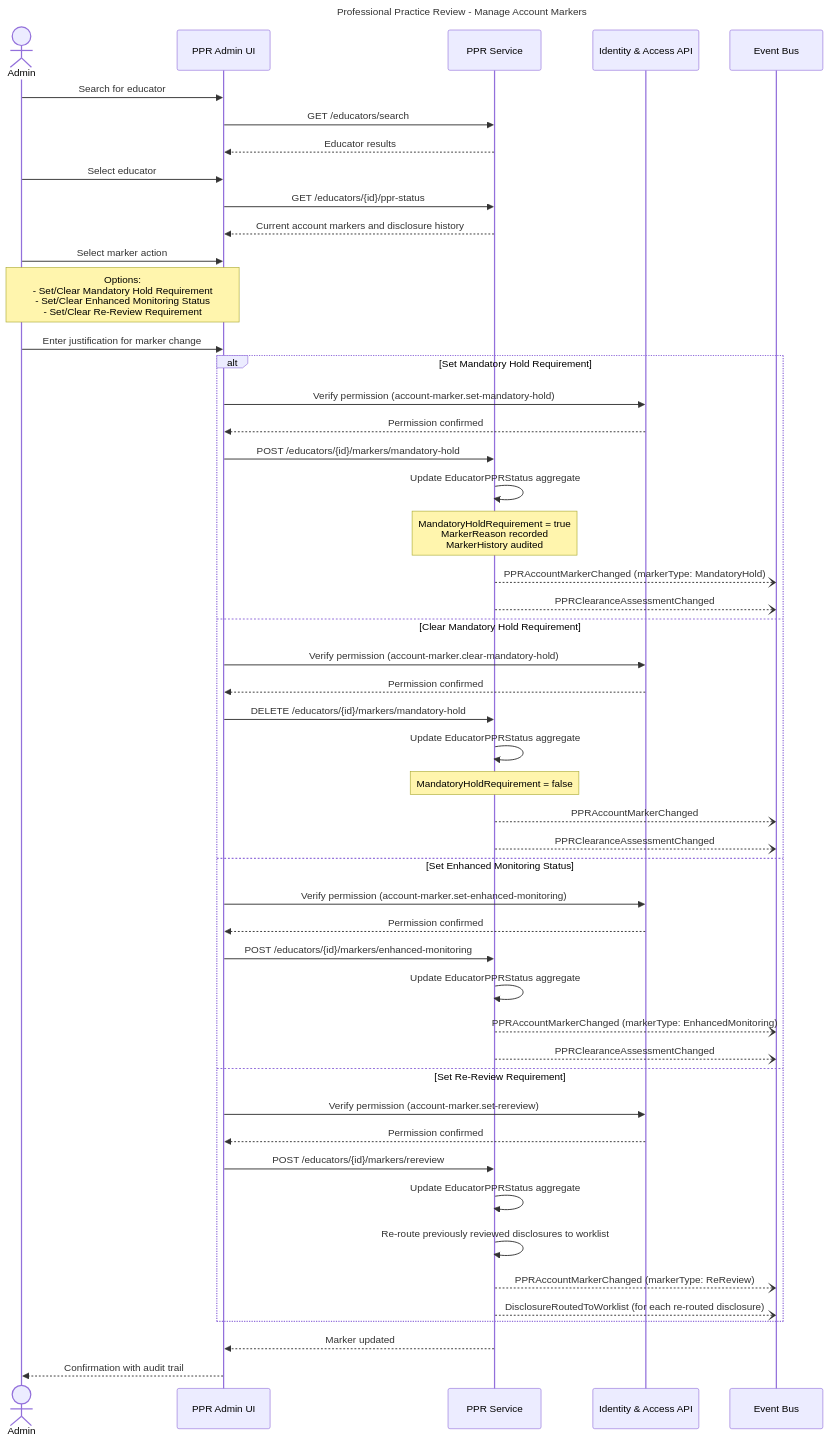
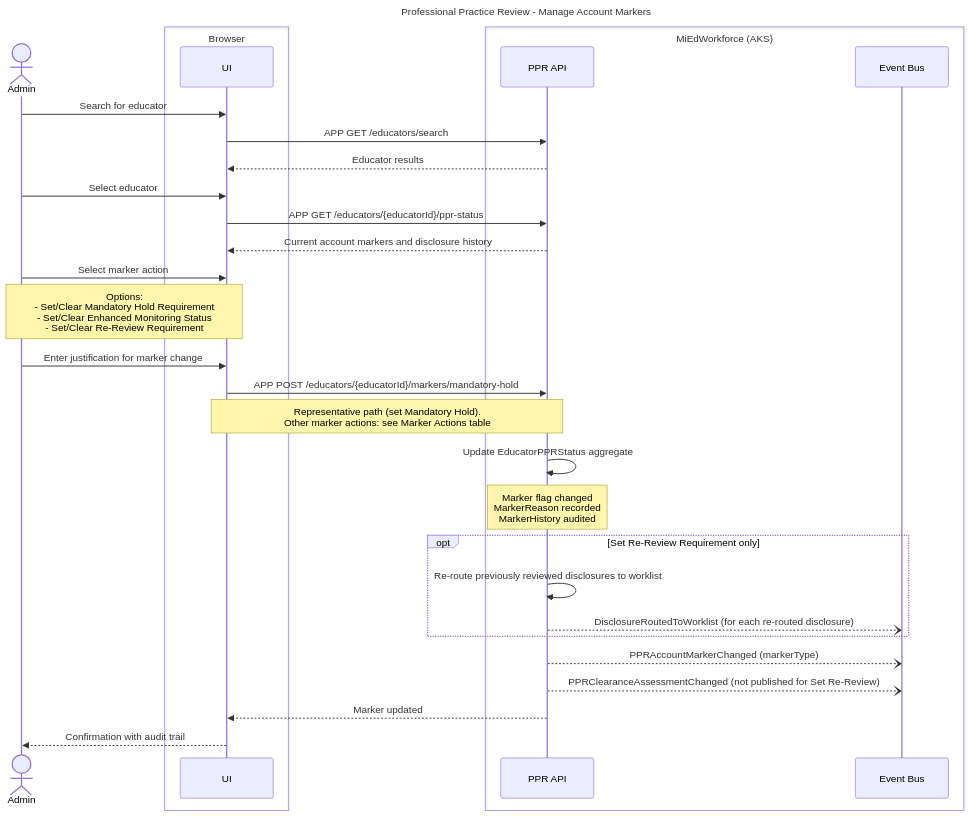
One commit to mnichols-dl/mied-design changed the fourth of 15 diagrams in working-docs/solution-areas/profpractice/profpractice-sequences.md. Above: the diagram before and after it, drawn with Mermaid. The commit also changed other lines of this file and 34 other files, not shown here.

Commit message:
Update sequences and perform RTM assessment

````diff
--- a/working-docs/solution-areas/profpractice/profpractice-sequences.md
+++ b/working-docs/solution-areas/profpractice/profpractice-sequences.md
@@ -251,71 +261,44 @@
 ```mermaid
 ---
 title: Professional Practice Review - Manage Account Markers
 ---
 sequenceDiagram
     actor Admin
-    participant UI as PPR Admin UI
-    participant PPRService as PPR Service
-    participant IAM as Identity & Access API
-    participant EventBus as Event Bus
+    box Browser
+        participant UI as UI
+    end
+    box MiEdWorkforce (AKS)
+        participant PprApi as PPR API
+        participant EventBus as Event Bus
+    end
     
     Admin->>UI: Search for educator
-    UI->>PPRService: GET /educators/search
-    PPRService-->>UI: Educator results
+    UI->>PprApi: APP GET /educators/search
+    PprApi-->>UI: Educator results
     
     Admin->>UI: Select educator
-    UI->>PPRService: GET /educators/{id}/ppr-status
-    PPRService-->>UI: Current account markers and disclosure history
+    UI->>PprApi: APP GET /educators/{educatorId}/ppr-status
+    PprApi-->>UI: Current account markers and disclosure history
     
     Admin->>UI: Select marker action
     Note over Admin,UI: Options:<br/>- Set/Clear Mandatory Hold Requirement<br/>- Set/Clear Enhanced Monitoring Status<br/>- Set/Clear Re-Review Requirement
     
     Admin->>UI: Enter justification for marker change
     
-    alt Set Mandatory Hold Requirement
-        UI->>IAM: Verify permission (account-marker.set-mandatory-hold)
-        IAM-->>UI: Permission confirmed
-        
-        UI->>PPRService: POST /educators/{id}/markers/mandatory-hold
-        PPRService->>PPRService: Update EducatorPPRStatus aggregate
-        Note over PPRService: MandatoryHoldRequirement = true<br/>MarkerReason recorded<br/>MarkerHistory audited
-        
-        PPRService--)EventBus: PPRAccountMarkerChanged (markerType: MandatoryHold)
-        PPRService--)EventBus: PPRClearanceAssessmentChanged
-        
-    else Clear Mandatory Hold Requirement
-        UI->>IAM: Verify permission (account-marker.clear-mandatory-hold)
-        IAM-->>UI: Permission confirmed
-        
-        UI->>PPRService: DELETE /educators/{id}/markers/mandatory-hold
-        PPRService->>PPRService: Update EducatorPPRStatus aggregate
-        Note over PPRService: MandatoryHoldRequirement = false
-        
-        PPRService--)EventBus: PPRAccountMarkerChanged
-        PPRService--)EventBus: PPRClearanceAssessmentChanged
-        
-    else Set Enhanced Monitoring Status
-        UI->>IAM: Verify permission (account-marker.set-enhanced-monitoring)
-        IAM-->>UI: Permission confirmed
-        
-        UI->>PPRService: POST /educators/{id}/markers/enhanced-monitoring
-        PPRService->>PPRService: Update EducatorPPRStatus aggregate
-        
-        PPRService--)EventBus: PPRAccountMarkerChanged (markerType: EnhancedMonitoring)
-        PPRService--)EventBus: PPRClearanceAssessmentChanged
-        
-    else Set Re-Review Requirement
-        UI->>IAM: Verify permission (account-marker.set-rereview)
-        IAM-->>UI: Permission confirmed
-        
-        UI->>PPRService: POST /educators/{id}/markers/rereview
-        PPRService->>PPRService: Update EducatorPPRStatus aggregate
-        PPRService->>PPRService: Re-route previously reviewed disclosures to worklist
-        
-        PPRService--)EventBus: PPRAccountMarkerChanged (markerType: ReReview)
-        PPRService--)EventBus: DisclosureRoutedToWorklist (for each re-routed disclosure)
+    UI->>PprApi: APP POST /educators/{educatorId}/markers/mandatory-hold
+    Note over UI,PprApi: Representative path (set Mandatory Hold).<br/>Other marker actions: see Marker Actions table
+    
+    PprApi->>PprApi: Update EducatorPPRStatus aggregate
+    Note over PprApi: Marker flag changed<br/>MarkerReason recorded<br/>MarkerHistory audited
+    
+    opt Set Re-Review Requirement only
+        PprApi->>PprApi: Re-route previously reviewed disclosures to worklist
+        PprApi--)EventBus: DisclosureRoutedToWorklist (for each re-routed disclosure)
     end
     
-    PPRService-->>UI: Marker updated
+    PprApi--)EventBus: PPRAccountMarkerChanged (markerType)
+    PprApi--)EventBus: PPRClearanceAssessmentChanged (not published for Set Re-Review)
+    
+    PprApi-->>UI: Marker updated
     UI-->>Admin: Confirmation with audit trail
 ```
````
